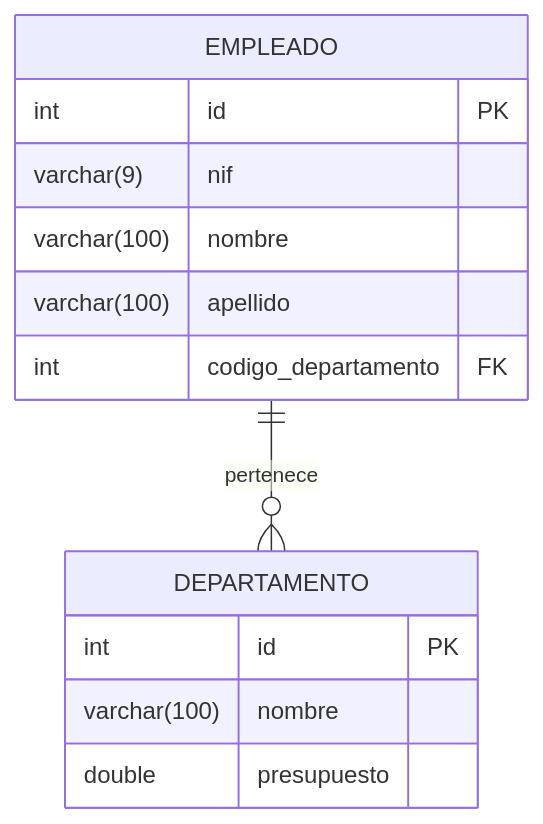
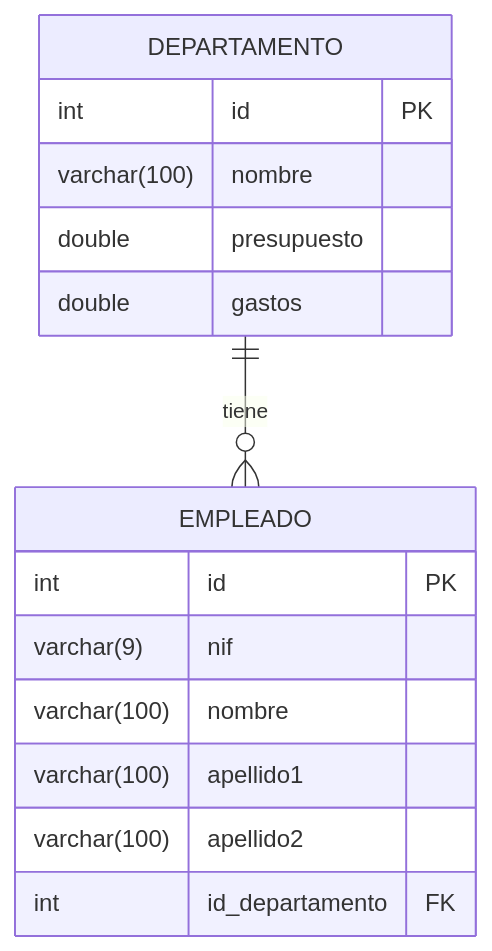
One commit to dgmx/www changed the diagram in databases/sql/empleados.md. Above: the diagram before and after it, drawn with Mermaid. The commit also changed other lines of this file, not shown here.

Commit message:
Fix SQL queries in empleados.md (wrong column names, logic errors, ER diagram) and wrap in VitePress details blocks

````diff
--- a/databases/sql/empleados.md
+++ b/databases/sql/empleados.md
@@ -10,22 +10,22 @@
 ```mermaid
 erDiagram
-    
-    
-    EMPLEADO {
-        int id PK
-        varchar(9) nif
-        varchar(100) nombre 
-        varchar(100) apellido
-        int codigo_departamento FK
-    }
-    
+
+    DEPARTAMENTO ||--o{ EMPLEADO : tiene
+
     DEPARTAMENTO {
         int id PK
         varchar(100) nombre
         double presupuesto
-      
+        double gastos
     }
-    
-    EMPLEADO  ||--o{ DEPARTAMENTO: pertenece
-    
+
+    EMPLEADO {
+        int id PK
+        varchar(9) nif
+        varchar(100) nombre
+        varchar(100) apellido1
+        varchar(100) apellido2
+        int id_departamento FK
+    }
+
 ```
````
